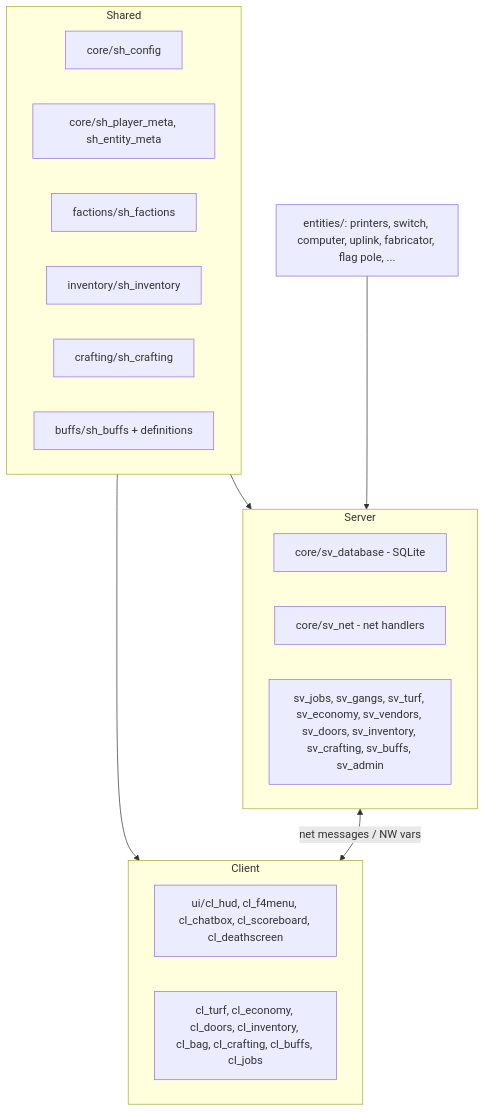
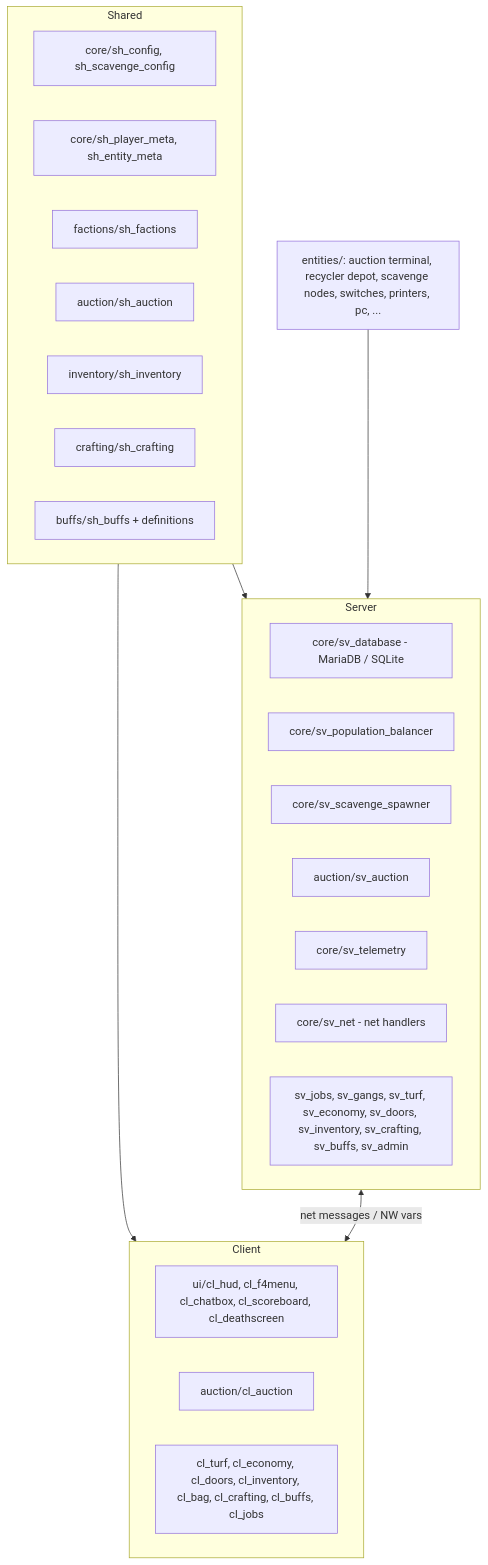
Before and after one commit to elblayko/gwrp: the fourth of 6 diagrams in README.md, drawn with Mermaid. The commit also changed other lines of this file and 2 other files, not shown here.

Commit message:
feat(auction): update bag selection and active listings count on post, update README docs

````diff
--- a/README.md
+++ b/README.md
@@ -218,24 +240,30 @@
 ```mermaid
 flowchart TD
     subgraph Shared
-        CFG[core/sh_config]
+        CFG[core/sh_config, sh_scavenge_config]
         META[core/sh_player_meta, sh_entity_meta]
         FAC[factions/sh_factions]
+        AUC[auction/sh_auction]
         INV[inventory/sh_inventory]
         CRF[crafting/sh_crafting]
         BUF[buffs/sh_buffs + definitions]
     end
     subgraph Server
-        DB[core/sv_database - SQLite]
+        DB[core/sv_database - MariaDB / SQLite]
+        POP[core/sv_population_balancer]
+        SCAV[core/sv_scavenge_spawner]
+        AUCSV[auction/sv_auction]
+        TEL[core/sv_telemetry]
         NET[core/sv_net - net handlers]
-        SVS[sv_jobs, sv_gangs, sv_turf, sv_economy, sv_vendors, sv_doors, sv_inventory, sv_crafting, sv_buffs, sv_admin]
+        SVS[sv_jobs, sv_gangs, sv_turf, sv_economy, sv_doors, sv_inventory, sv_crafting, sv_buffs, sv_admin]
     end
     subgraph Client
         UI[ui/cl_hud, cl_f4menu, cl_chatbox, cl_scoreboard, cl_deathscreen]
+        AUCCL[auction/cl_auction]
         CLS[cl_turf, cl_economy, cl_doors, cl_inventory, cl_bag, cl_crafting, cl_buffs, cl_jobs]
     end
     Shared --> Server
     Shared --> Client
     Server <-->|net messages / NW vars| Client
-    ENT[entities/: printers, switch, computer, uplink, fabricator, flag pole, ...] --> Server
+    ENT[entities/: auction terminal, recycler depot, scavenge nodes, switches, printers, pc, ...] --> Server
 ```
````
